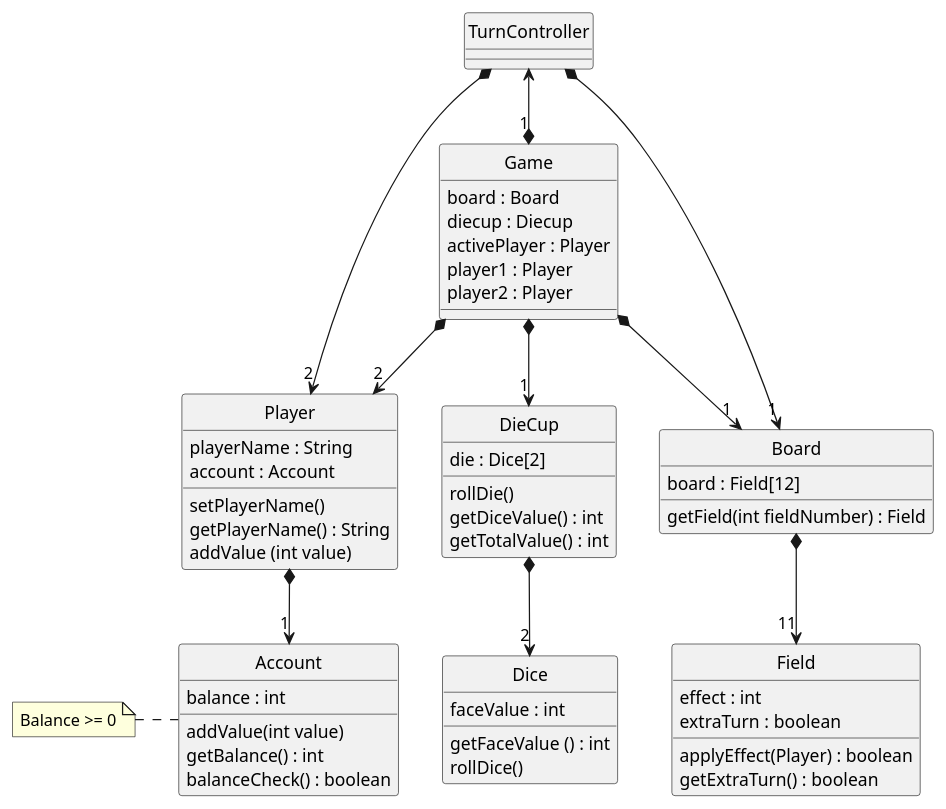
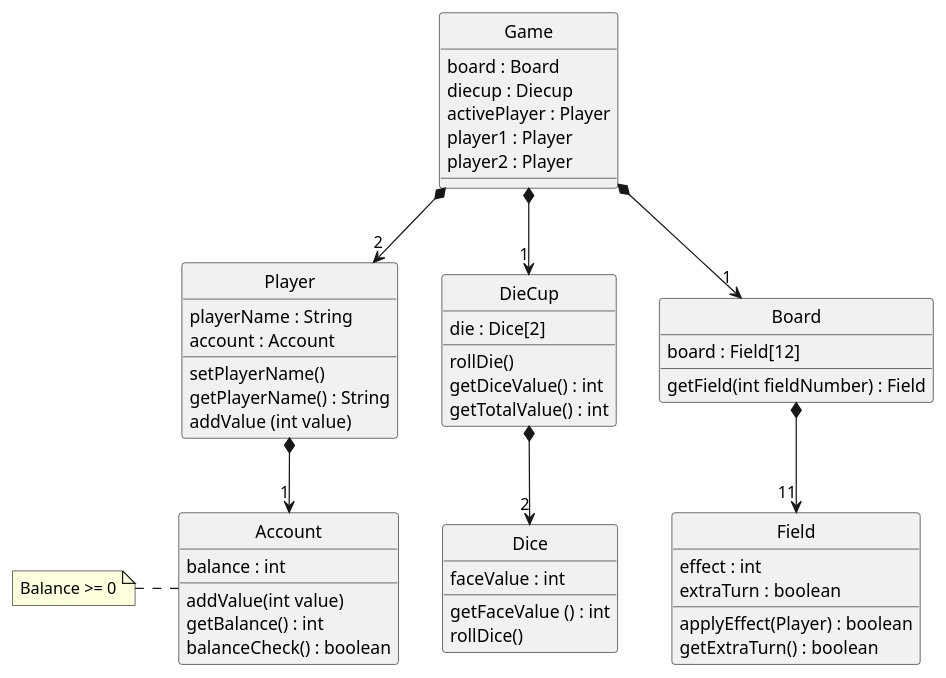
One commit to PhilipCramer/CDIO_del2 changed the diagram in src/main/resources/DesignClassDiagram.puml. Above: the diagram before and after it, drawn with PlantUML.

Commit message:
Reverted latest changes *Forgot some

```diff
--- a/src/main/resources/DesignClassDiagram.puml
+++ b/src/main/resources/DesignClassDiagram.puml
@@ -1,73 +1,70 @@
 @startuml ClassDiagram
 skinparam style strictuml
 
 class "Game" as Game {
     board : Board
     diecup : Diecup
     activePlayer : Player
     player1 : Player
     player2 : Player
 
 }
 
 class "Player" as Player {
     playerName : String
     account : Account
 
     setPlayerName()
     getPlayerName() : String
     addValue (int value)
 
 }
 
 class "Account" as Account {
     balance : int
 
     addValue(int value)
     getBalance() : int
     balanceCheck() : boolean
 }
 note left
     Balance >= 0
     end note
 
 class "DieCup" as Diecup {
     die : Dice[2]
     
     rollDie()
     getDiceValue() : int
     getTotalValue() : int
 }
 
 class "Dice" as Dice {
     faceValue : int
 
     getFaceValue () : int
     rollDice()
 }
 
 class "Board" as Board {
     board : Field[12]
     
     getField(int fieldNumber) : Field
 }
 
 class "Field" as Field {
     effect : int
     extraTurn : boolean
 
     applyEffect(Player) : boolean
     getExtraTurn() : boolean
 }
 
 
 Player *--> "1" Account
 Game *--> "2" Player 
 Game *--> "1" Board
 Board  *--> "11" Field
 Game  *--> "1" Diecup
 Diecup *--> "2" Dice
-TurnController *--> "2" Player
-TurnController *--> "1" Board
-TurnController <--* "1" Game
 @enduml
```
